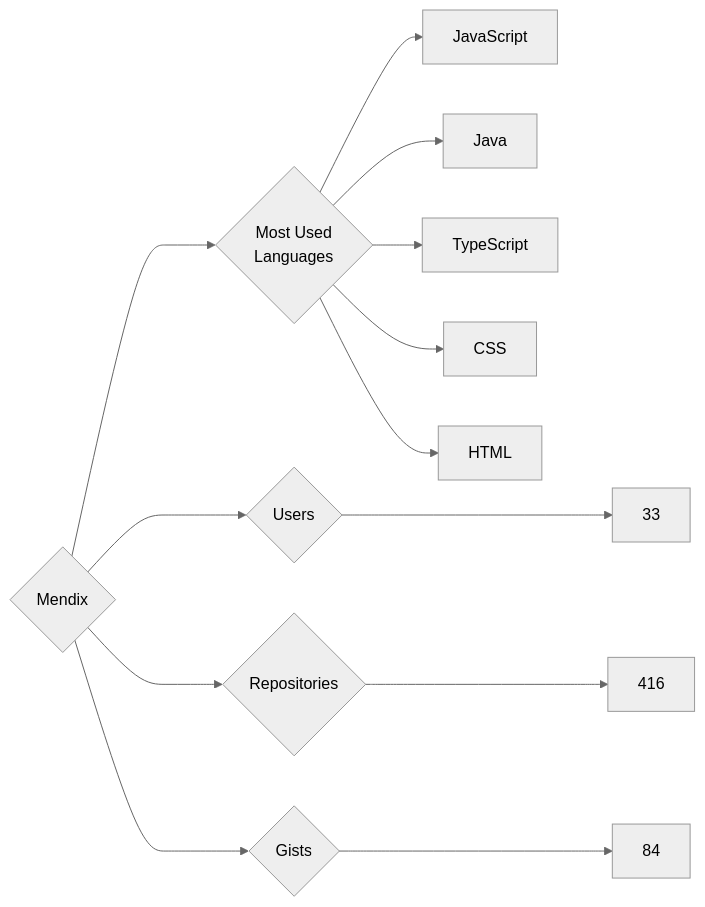
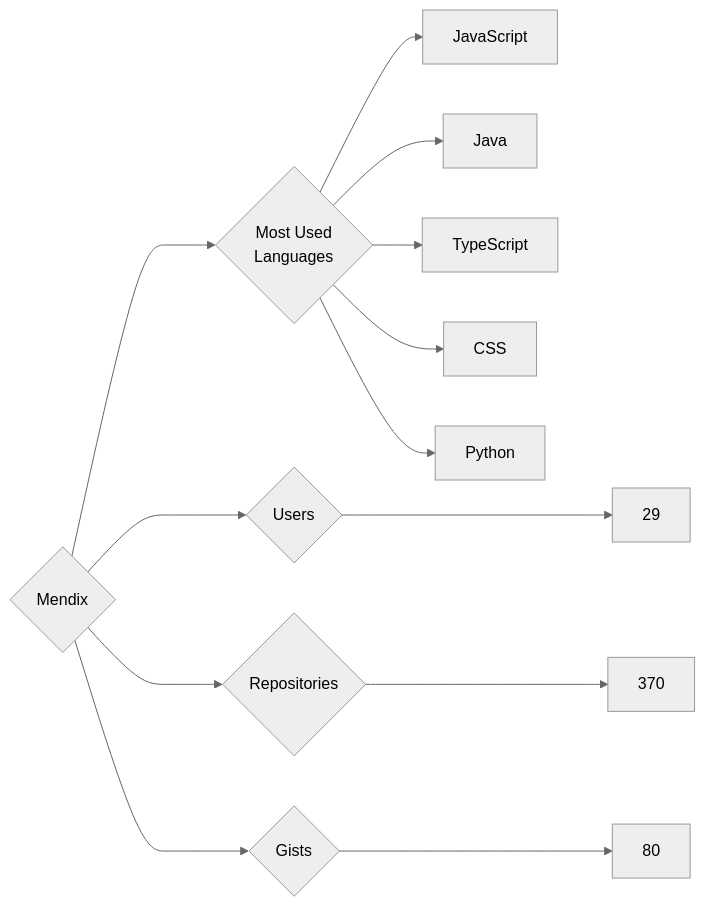
Before and after one commit to trickest/insiders: the diagram in targets/Mendix/README.md, drawn with Mermaid (neutral theme). The commit also changed 1696 other files, not shown here.

````diff
--- a/targets/Mendix/README.md
+++ b/targets/Mendix/README.md
@@ -3,13 +3,13 @@
 ```mermaid
 graph LR
 COMPANY_NAME{Mendix}
-COMPANY_NAME ---> U{Users} ---> UN[33]
-COMPANY_NAME ---> R{Repositories} ---> RN[416]
-COMPANY_NAME ---> G{Gists} ---> GN[84]
+COMPANY_NAME ---> U{Users} ---> UN[29]
+COMPANY_NAME ---> R{Repositories} ---> RN[370]
+COMPANY_NAME ---> G{Gists} ---> GN[80]
 COMPANY_NAME ---> ML{Most Used<br>Languages}
 ML --> JavaScript[JavaScript]
 ML --> Java[Java]
 ML --> TypeScript[TypeScript]
 ML --> CSS[CSS]
-ML --> HTML[HTML]
+ML --> Python[Python]
 ```
````
